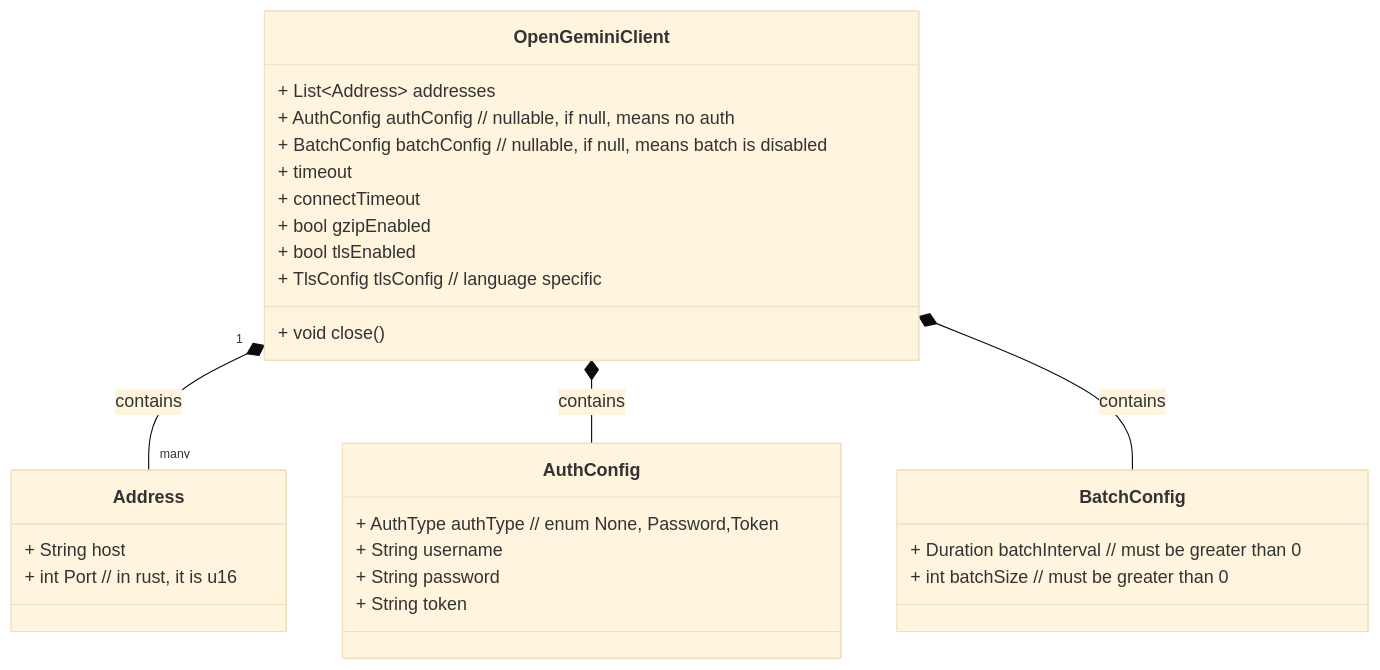
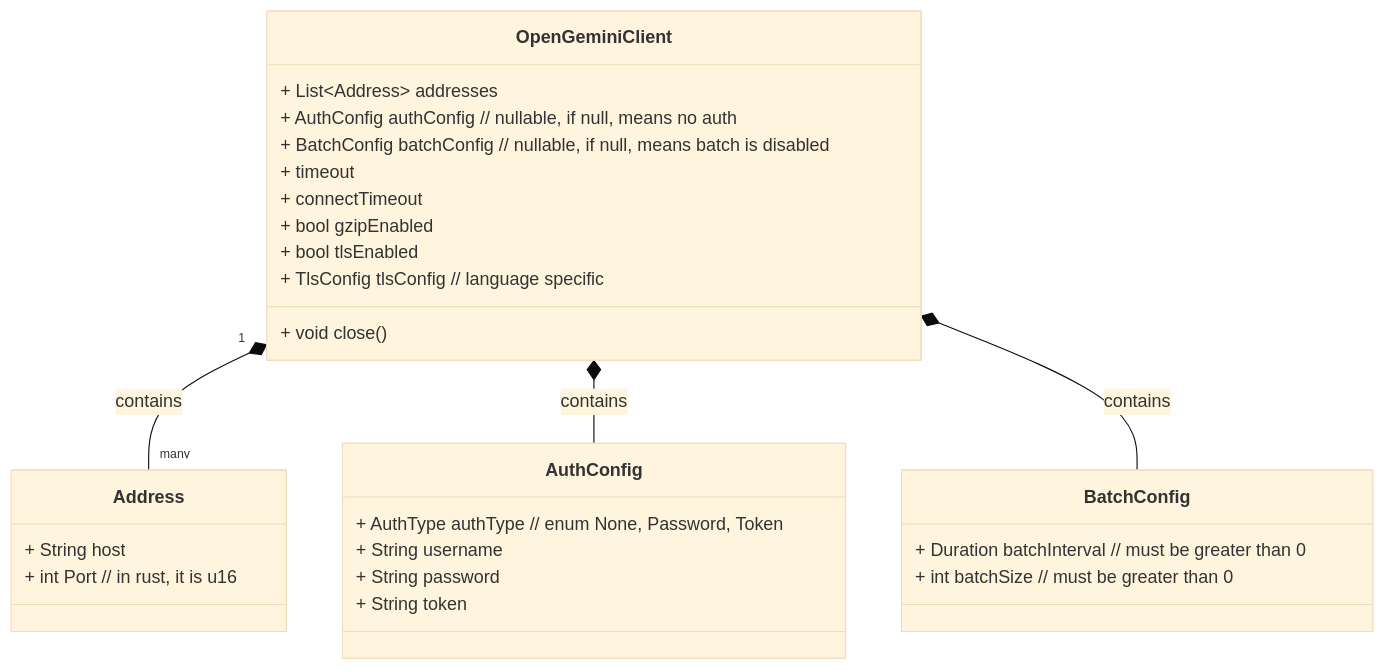
One commit to hezhangjian/hezhangjian.github.io changed the first of 8 diagrams in source/_posts/opengemini/opengemini-sdk-design.md. Above: the diagram before and after it, drawn with Mermaid (base theme). The commit also changed other lines of this file and 2 other files, not shown here.

````diff
--- a/source/_posts/opengemini/opengemini-sdk-design.md
+++ b/source/_posts/opengemini/opengemini-sdk-design.md
@@ -26,35 +27,35 @@
 ```mermaid
 classDiagram
     class OpenGeminiClient {
         + List~Address~ addresses
         + AuthConfig authConfig // nullable, if null, means no auth
         + BatchConfig batchConfig // nullable, if null, means batch is disabled
         + timeout
         + connectTimeout
         + bool gzipEnabled
         + bool tlsEnabled
         + TlsConfig tlsConfig // language specific
         + void close()
     }
-    
+
     class Address {
         + String host
         + int Port // in rust, it is u16
     }
-    
+
     class AuthConfig {
-        + AuthType authType // enum None, Password,Token
+        + AuthType authType // enum None, Password, Token
         + String username
         + String password
         + String token
     }
-    
+
     class BatchConfig {
         + Duration batchInterval // must be greater than 0
         + int batchSize // must be greater than 0
     }
 
-    OpenGeminiClient "1" *-- "many" Address : contains
-    OpenGeminiClient *-- AuthConfig : contains
-    OpenGeminiClient *-- BatchConfig : contains
+    OpenGeminiClient "1" *-- "many" Address: contains
+    OpenGeminiClient *-- AuthConfig: contains
+    OpenGeminiClient *-- BatchConfig: contains
 ```
````
